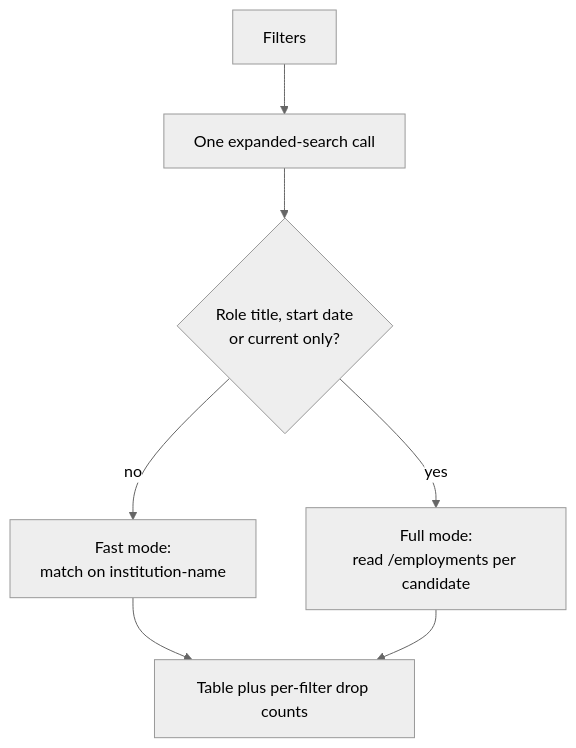
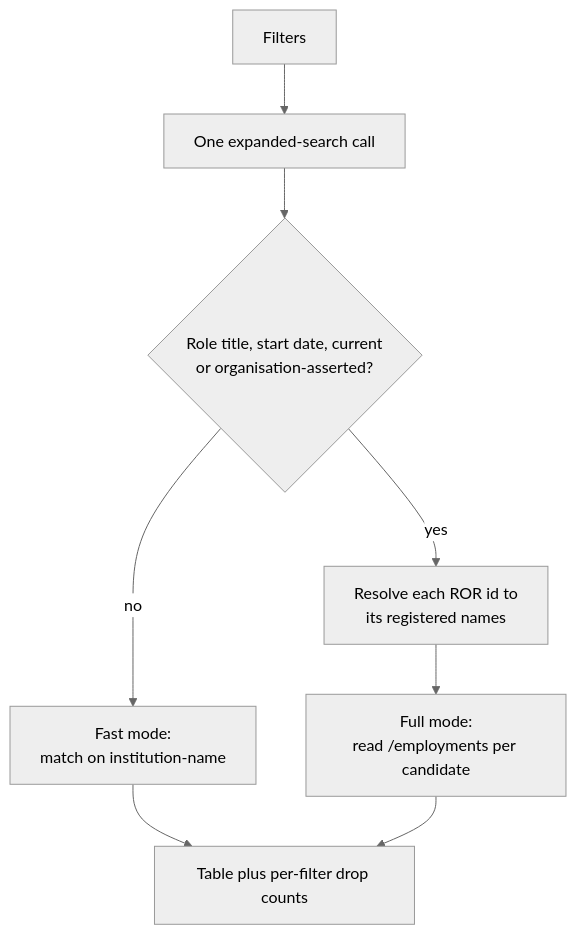
Before and after one commit to rijdho/orcid-finder: the diagram in README.md, drawn with Mermaid (neutral theme). The commit also changed other lines of this file and 22 other files, not shown here.

First line of the commit message:
Move onto the family shell, and record who asserted each employment

````diff
--- a/README.md
+++ b/README.md
@@ -44,12 +46,13 @@
 ```mermaid
 flowchart TD
   accTitle: How orcid-finder chooses between fast and full mode
-  accDescr: A search always begins with one expanded-search call. If no filter needs employment data the result is returned immediately as fast mode. If role title, start date or current-appointment filters are active, the tool additionally reads the employments document of every candidate and returns full mode.
+  accDescr: A search always begins with one expanded-search call. If no filter needs employment data the result is returned immediately as fast mode. If a role title, start date, current-appointment or organisation-asserted filter is active, the tool also resolves each ROR id to the names the registry holds for it, then reads the employments document of every candidate and returns full mode. Both paths end in the same table, with the count of what each filter dropped.
 
   A[Filters] --> B[One expanded-search call]
-  B --> C{Role title, start date<br/>or current only?}
+  B --> C{Role title, start date, current<br/>or organisation-asserted?}
   C -- no --> D[Fast mode:<br/>match on institution-name]
-  C -- yes --> E[Full mode:<br/>read /employments per candidate]
-  D --> F[Table plus per-filter drop counts]
-  E --> F
+  C -- yes --> E[Resolve each ROR id to<br/>its registered names]
+  E --> F[Full mode:<br/>read /employments per candidate]
+  D --> G[Table plus per-filter drop counts]
+  F --> G
 ```
````
